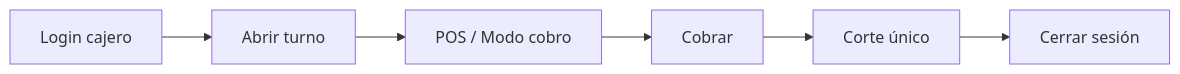
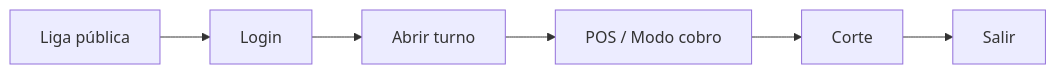
One commit to LeoAParedes/2x3crmtest changed the first of 2 diagrams in docs/manual-usuario/manual-usuario-erp-supermercado.md. Above: the diagram before and after it, drawn with Mermaid. The commit also changed other lines of this file and 4 other files, not shown here.

````diff
--- a/docs/manual-usuario/manual-usuario-erp-supermercado.md
+++ b/docs/manual-usuario/manual-usuario-erp-supermercado.md
@@ -58,8 +51,8 @@
 ```mermaid
 flowchart LR
-  A[Login cajero] --> B[Abrir turno]
-  B --> C[POS / Modo cobro]
-  C --> D[Cobrar]
-  D --> E[Corte único]
-  E --> F[Cerrar sesión]
+  A[Liga pública] --> B[Login]
+  B --> C[Abrir turno]
+  C --> D[POS / Modo cobro]
+  D --> E[Corte]
+  E --> F[Salir]
 ```
````
